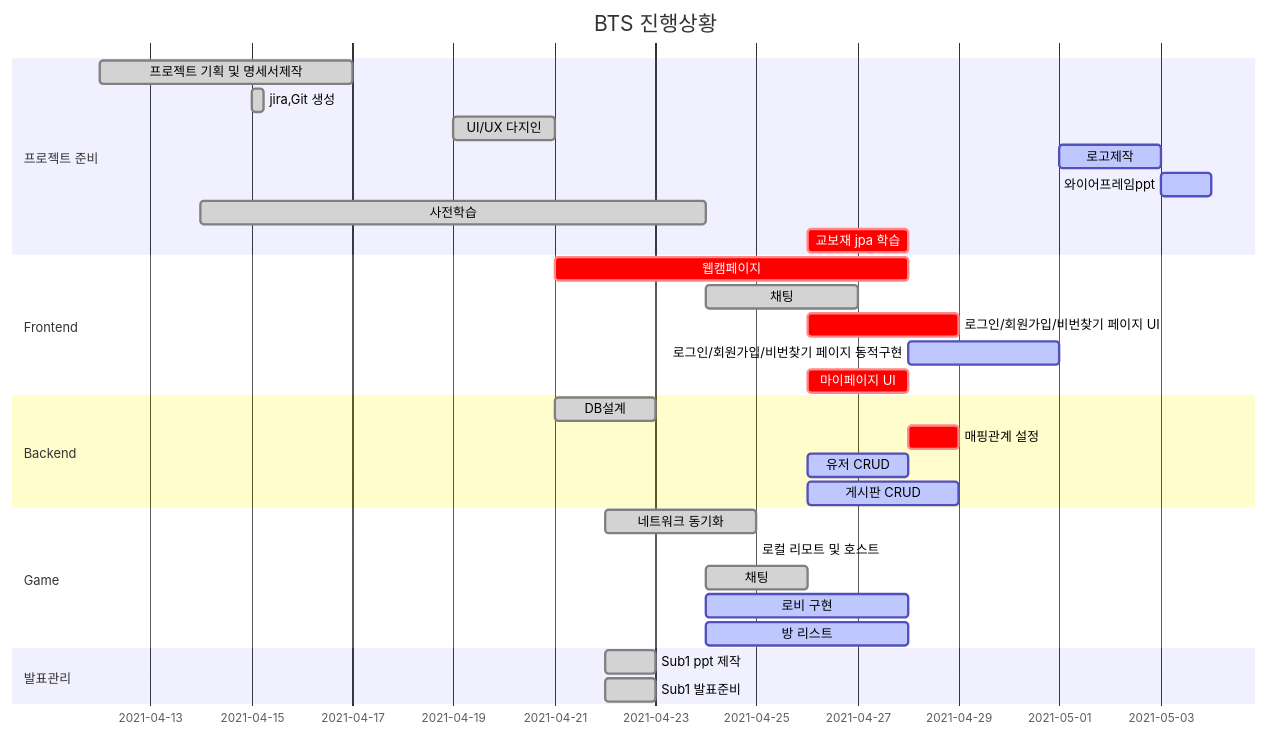
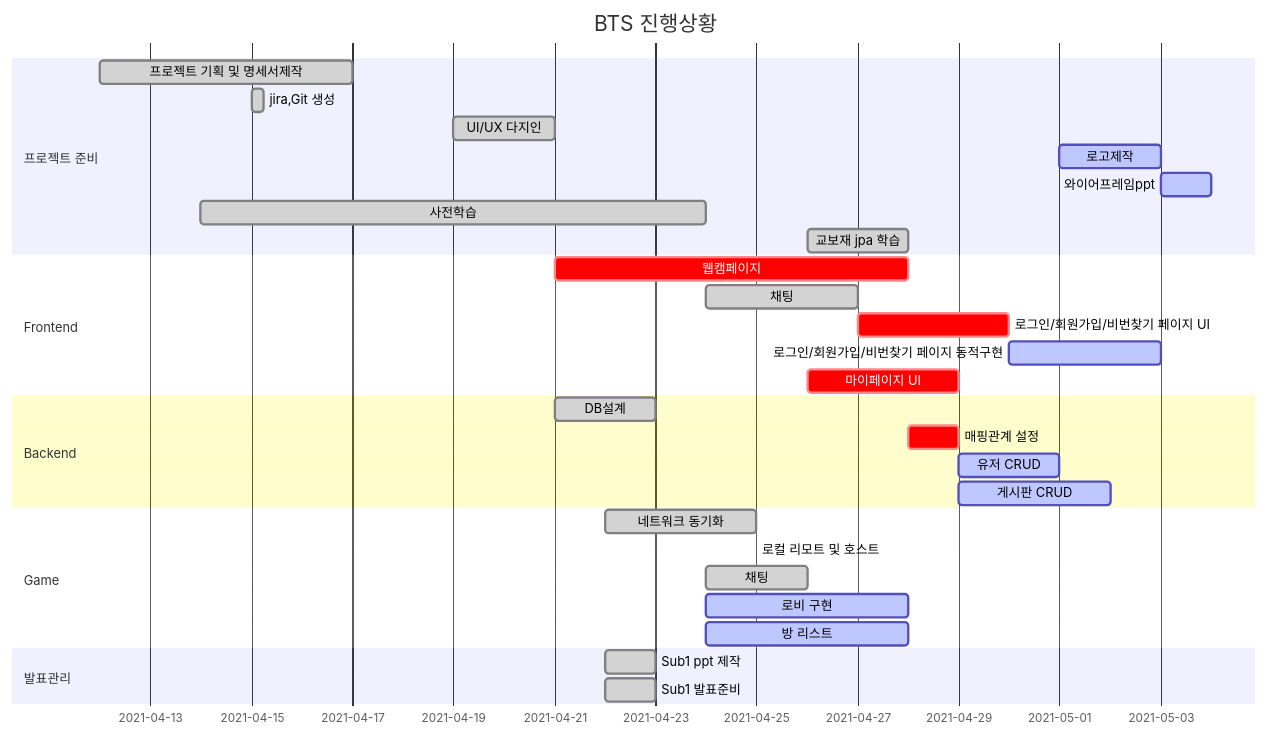
Before and after one commit to Luminousjiny/PJT_BTS: the diagram in README.md, drawn with Mermaid.

Commit message:
간트차트 수정

````diff
--- a/README.md
+++ b/README.md
@@ -50,37 +50,37 @@
 ```mermaid
 gantt
     title BTS 진행상황
     dateFormat  YYYY-MM-DD
     section 프로젝트 준비
     프로젝트 기획 및 명세서제작 : done, 2021-04-12, 5d
     jira,Git 생성  :done, 2021-04-15, 6h
     UI/UX 다지인  : done,   2021-04-19, 2d
     로고제작 : active, 2021-05-01, 2d
     와이어프레임ppt : active, 2021-05-03, 1d
     사전학습  : done, 2021-04-14, 10d
-    교보재 jpa 학습 : crit, 2021-04-26, 2d
+    교보재 jpa 학습 : done, 2021-04-26, 2d
 
     section Frontend
     웹캠페이지 : crit, 2021-04-21, 7d
     채팅 : done, 2021-04-24, 3d
-    로그인/회원가입/비번찾기 페이지 UI : crit, 2021-04-26, 3d
-    로그인/회원가입/비번찾기 페이지 동적구현 : active, 2021-04-28, 3d
-    마이페이지 UI : crit, 2021-04-26, 2d
+    로그인/회원가입/비번찾기 페이지 UI : crit, 2021-04-27, 3d
+    로그인/회원가입/비번찾기 페이지 동적구현 : active, 2021-04-30, 3d
+    마이페이지 UI : crit, 2021-04-26, 3d
     
     section Backend
     DB설계 : done, 2021-04-21, 2d
     매핑관계 설정 : crit, 2021-04-28, 1d
-    유저 CRUD : active, 2021-04-26, 2d
-    게시판 CRUD : active, 2021-04-26, 3d
+    유저 CRUD : active, 2021-04-29, 2d
+    게시판 CRUD : active, 2021-04-29, 3d
     
     section Game
 	네트워크 동기화 : done, 2021-04-22, 3d
 	로컬 리모트 및 호스트 : done, 2021-04-23 1d
 	채팅 : done, 2021-04-24, 2d
 	로비 구현 : active, 2021-04-24, 4d
     방 리스트 : active, 2021-04-24, 4d
     
     section 발표관리
     Sub1 ppt 제작 : done, 2021-04-22, 1d
     Sub1 발표준비 : done, 2021-04-22, 1d
 ```
````
